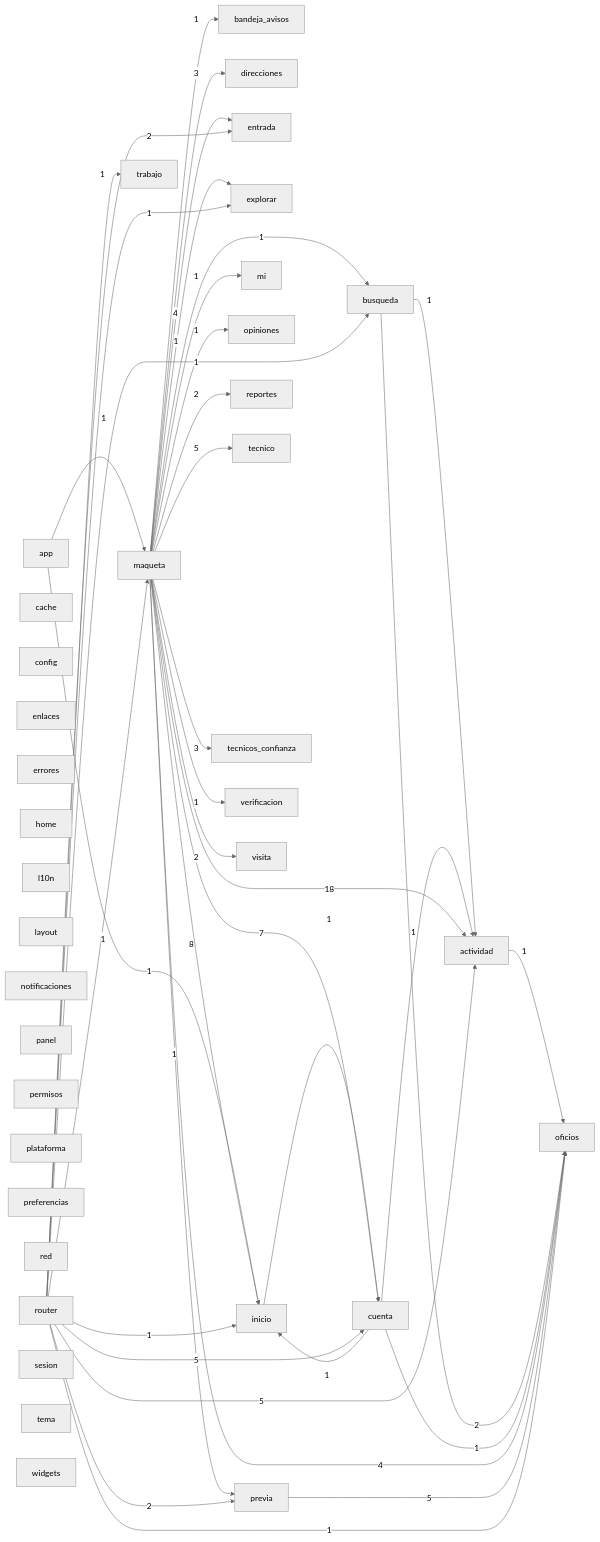
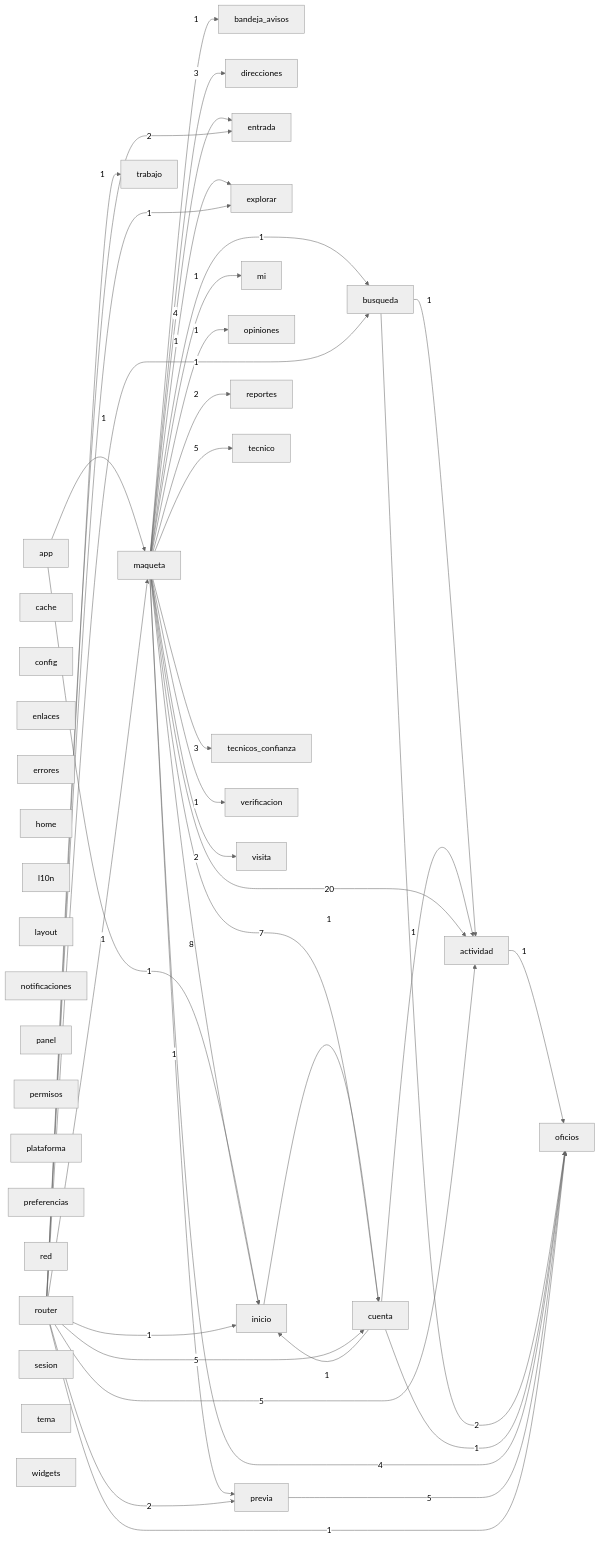
Before and after one commit to Tensei-Devs/knock-frontend: the diagram in docs/architecture/modules.mmd, drawn with Mermaid (neutral theme). The commit also changed 15 other files, not shown here.

```diff
--- a/docs/architecture/modules.mmd
+++ b/docs/architecture/modules.mmd
@@ -1,75 +1,75 @@
 graph LR
   actividad["actividad"]
   app["app"]
   bandeja_avisos["bandeja_avisos"]
   busqueda["busqueda"]
   cache["cache"]
   config["config"]
   cuenta["cuenta"]
   direcciones["direcciones"]
   enlaces["enlaces"]
   entrada["entrada"]
   errores["errores"]
   explorar["explorar"]
   home["home"]
   inicio["inicio"]
   l10n["l10n"]
   layout["layout"]
   maqueta["maqueta"]
   mi["mi"]
   notificaciones["notificaciones"]
   oficios["oficios"]
   opiniones["opiniones"]
   panel["panel"]
   permisos["permisos"]
   plataforma["plataforma"]
   preferencias["preferencias"]
   previa["previa"]
   red["red"]
   reportes["reportes"]
   router["router"]
   sesion["sesion"]
   tecnico["tecnico"]
   tecnicos_confianza["tecnicos_confianza"]
   tema["tema"]
   trabajo["trabajo"]
   verificacion["verificacion"]
   visita["visita"]
   widgets["widgets"]
   actividad -->|1| oficios
   app -->|1| inicio
   app -->|1| maqueta
   busqueda -->|1| actividad
   busqueda -->|2| oficios
   cuenta -->|1| actividad
   cuenta -->|1| inicio
   cuenta -->|1| oficios
   inicio -->|1| cuenta
-  maqueta -->|18| actividad
+  maqueta -->|20| actividad
   maqueta -->|1| bandeja_avisos
   maqueta -->|1| busqueda
   maqueta -->|7| cuenta
   maqueta -->|3| direcciones
   maqueta -->|4| entrada
   maqueta -->|1| explorar
   maqueta -->|8| inicio
   maqueta -->|1| mi
   maqueta -->|4| oficios
   maqueta -->|1| opiniones
   maqueta -->|1| previa
   maqueta -->|2| reportes
   maqueta -->|5| tecnico
   maqueta -->|3| tecnicos_confianza
   maqueta -->|1| verificacion
   maqueta -->|2| visita
   previa -->|5| oficios
   router -->|5| actividad
   router -->|1| busqueda
   router -->|5| cuenta
   router -->|2| entrada
   router -->|1| explorar
   router -->|1| inicio
   router -->|1| maqueta
   router -->|1| oficios
   router -->|2| previa
   router -->|1| trabajo
```
